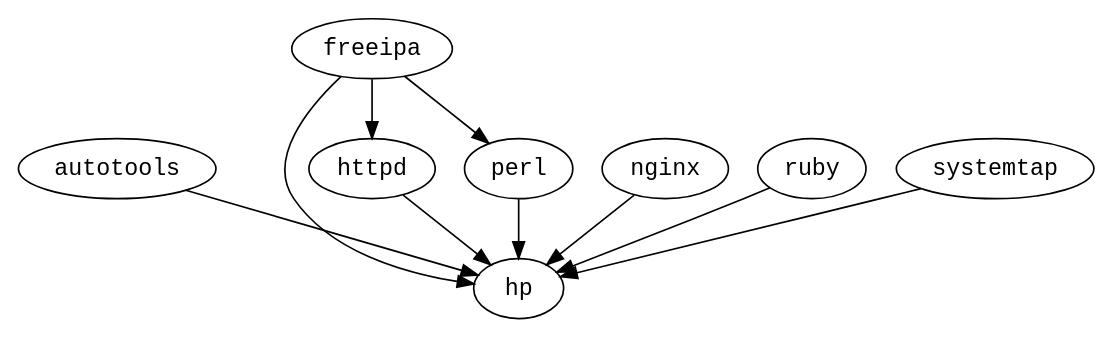
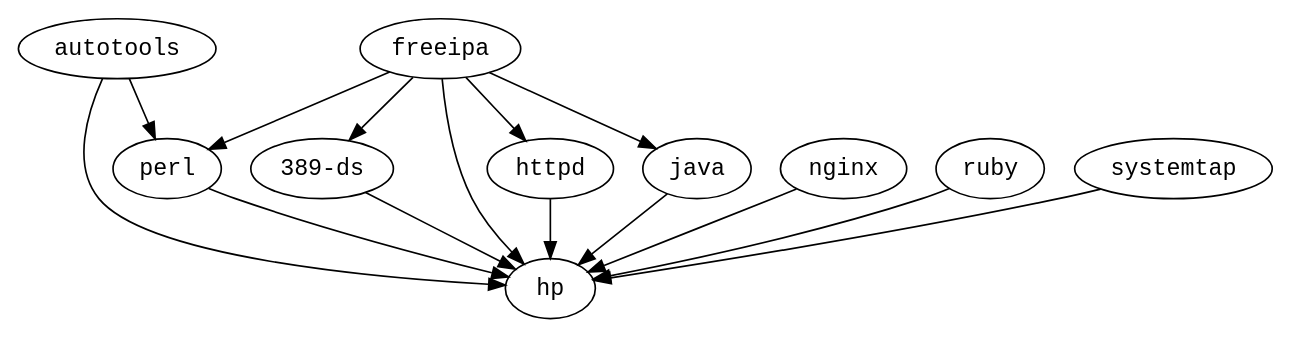
One commit to fedora-modularity/dependency-report changed the diagram in img/module-deps.dot. Above: the diagram before and after it, drawn with Graphviz. The commit also changed 530 other files, not shown here.

```diff
--- a/img/module-deps.dot
+++ b/img/module-deps.dot
@@ -1,12 +1,17 @@
 strict digraph G {
   node [fontname=monospace];
+  "389-ds" -> "hp";
   "autotools" -> "hp";
+  "autotools" -> "perl";
   "freeipa" -> "hp";
   "freeipa" -> "httpd";
   "freeipa" -> "perl";
+  "freeipa" -> "389-ds";
+  "freeipa" -> "java";
   "httpd" -> "hp";
+  "java" -> "hp";
   "nginx" -> "hp";
   "perl" -> "hp";
   "ruby" -> "hp";
   "systemtap" -> "hp";
 }
```
